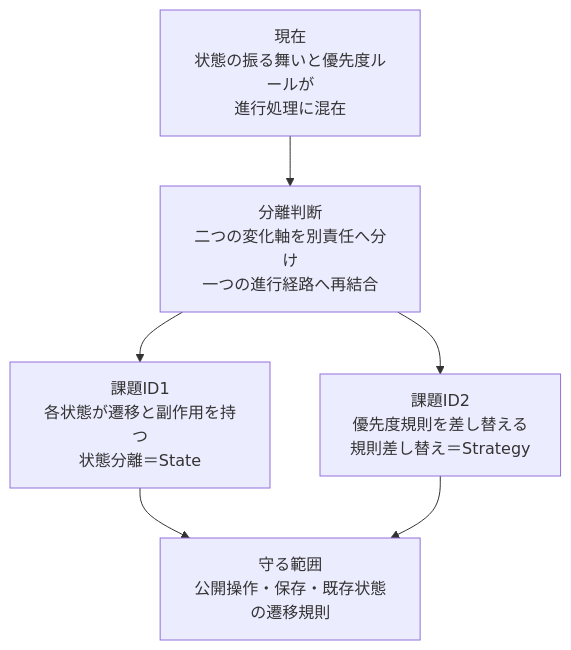
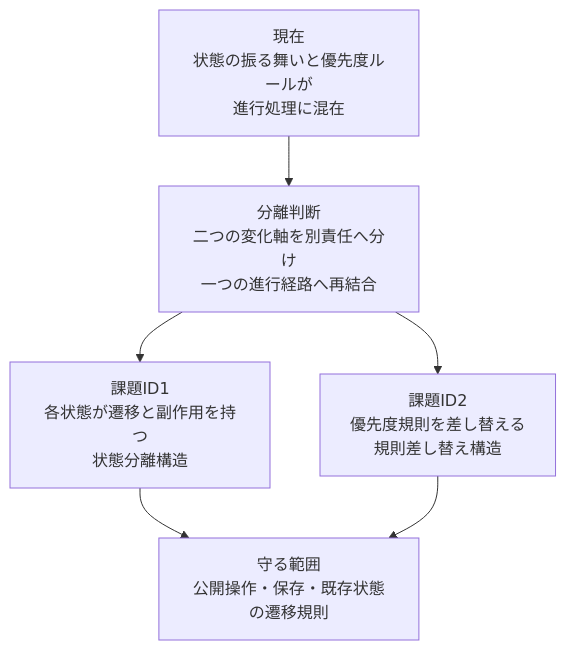
Before and after one commit to kumachan1101-pixel/DesignPattern: the ninth of 22 diagrams in kindle/design-patterns/output/chapter09_2.md, drawn with Mermaid. The commit also changed other lines of this file and 24 other files, not shown here.

Commit message:
docs: 問題から導く構成とクラス図説明を整合

````diff
--- a/kindle/design-patterns/output/chapter09_2.md
+++ b/kindle/design-patterns/output/chapter09_2.md
@@ -1427,8 +1425,8 @@
 ```mermaid
 flowchart TB
     A[現在<br/>状態の振る舞いと優先度ルールが<br/>進行処理に混在] --> B[分離判断<br/>二つの変化軸を別責任へ分け<br/>一つの進行経路へ再結合]
-    B --> C[課題ID1<br/>各状態が遷移と副作用を持つ<br/>状態分離＝State]
-    B --> D[課題ID2<br/>優先度規則を差し替える<br/>規則差し替え＝Strategy]
+    B --> C[課題ID1<br/>各状態が遷移と副作用を持つ<br/>状態分離構造]
+    B --> D[課題ID2<br/>優先度規則を差し替える<br/>規則差し替え構造]
     C --> E[守る範囲<br/>公開操作・保存・既存状態の遷移規則]
     D --> E
 ```
````
